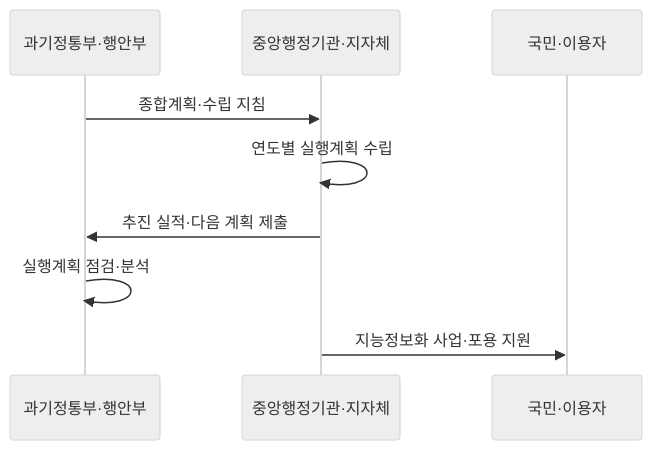
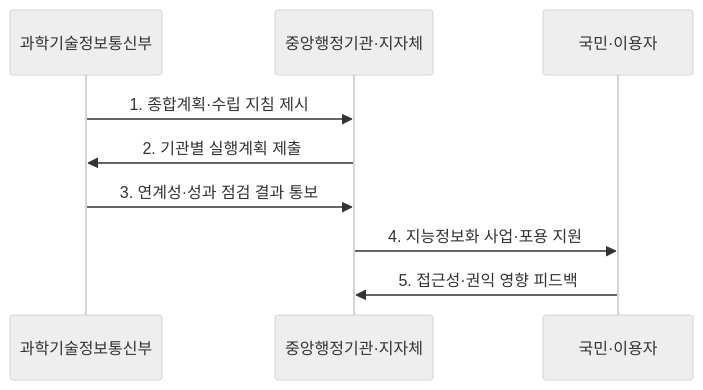
One commit to agnusdei1207/knowledge-base changed the second of 2 diagrams in src/content/docs/notes/07-law-policy/021_intelligent_informatization_basic_act.md. Above: the diagram before and after it, drawn with Mermaid (neutral theme). The commit also changed other lines of this file and 9 other files, not shown here.

````diff
--- a/src/content/docs/notes/07-law-policy/021_intelligent_informatization_basic_act.md
+++ b/src/content/docs/notes/07-law-policy/021_intelligent_informatization_basic_act.md
@@ -75,11 +74,11 @@
 ```mermaid
 sequenceDiagram
-    participant G as 과기정통부·행안부
+    participant G as 과학기술정보통신부
     participant A as 중앙행정기관·지자체
     participant U as 국민·이용자
-    G->>A: 종합계획·수립 지침
-    A->>A: 연도별 실행계획 수립
-    A->>G: 추진 실적·다음 계획 제출
-    G->>G: 실행계획 점검·분석
-    A->>U: 지능정보화 사업·포용 지원
+    G->>A: 1. 종합계획·수립 지침 제시
+    A->>G: 2. 기관별 실행계획 제출
+    G->>A: 3. 연계성·성과 점검 결과 통보
+    A->>U: 4. 지능정보화 사업·포용 지원
+    U->>A: 5. 접근성·권익 영향 피드백
 ```
````
